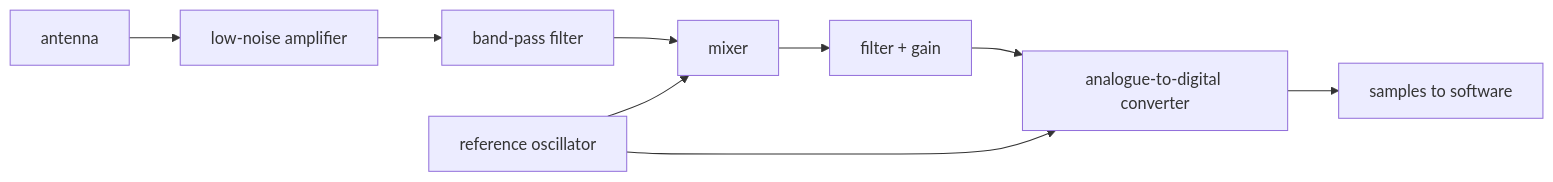
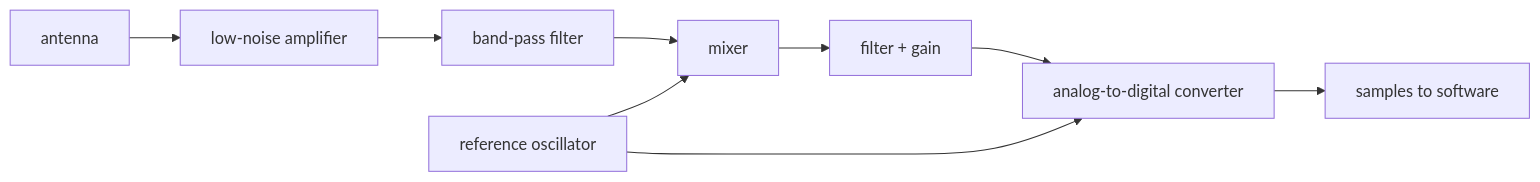
The diagram in docs/fundamentals/03-antenna-to-samples.md (aklofas/purple-gnss), drawn with Mermaid before and after one commit. The commit also changed other lines of this file and 10 other files, not shown here.

````diff
--- a/docs/fundamentals/03-antenna-to-samples.md
+++ b/docs/fundamentals/03-antenna-to-samples.md
@@ -19,11 +19,11 @@
 ```mermaid
 flowchart LR
     A[antenna] --> B[low-noise amplifier]
     B --> C[band-pass filter]
     C --> D[mixer]
     E[reference oscillator] --> D
     D --> F[filter + gain]
-    F --> G[analogue-to-digital converter]
+    F --> G[analog-to-digital converter]
     E --> G
     G --> H[samples to software]
 ```
````
